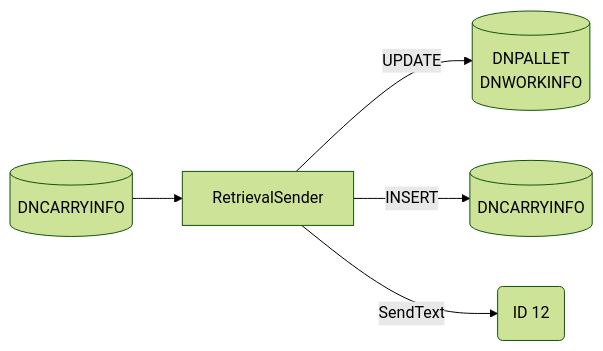
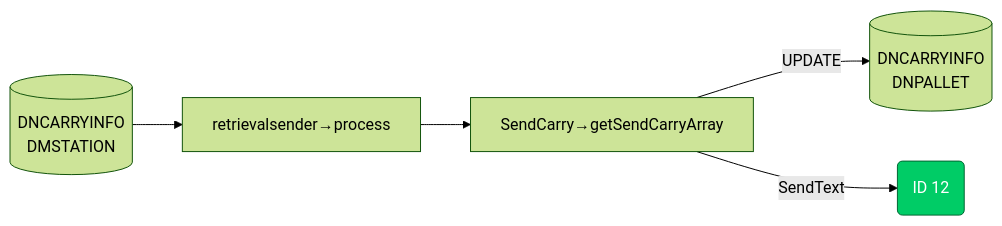
The third of 9 diagrams in Basic-Design/DFD-WMS/Retrieval/Unplanned-Retrieval-from-OP-Area-(PKG).md (luthfiadityaa/SimeDarby-Wiki), drawn with Mermaid (forest theme) before and after one commit.

Commit message:
Updated Unplanned Retrieval from OP Area (PKG)

```diff
--- a/Basic-Design/DFD-WMS/Retrieval/Unplanned-Retrieval-from-OP-Area-(PKG).md
+++ b/Basic-Design/DFD-WMS/Retrieval/Unplanned-Retrieval-from-OP-Area-(PKG).md
@@ -224,24 +224,23 @@
 ::: mermaid
 flowchart LR
 
 retrievalsender-input[("
 DNCARRYINFO
+DMSTATION
 ")]
 
 retrievalsender-update[("
+DNCARRYINFO
 DNPALLET
-DNWORKINFO
-")]
-
-retrievalsender-insert[("
-DNCARRYINFO
 ")]
 
 id12msg("
 ID 12
 ")
 
-retrievalsender-input-->RetrievalSender--> |UPDATE| retrievalsender-update
-RetrievalSender--> |INSERT| retrievalsender-insert
-RetrievalSender--> |SendText| id12msg
+retrievalsender-input--> P1[retrievalsender→process]-->P2[SendCarry→getSendCarryArray]--> |UPDATE| retrievalsender-update
+P2--> |SendText| id12msg
+
+ click id12msg "#" "Go to ID12"
+ style id12msg fill:#00cc66,stroke:#006633,color:#ffffff
 :::
```
